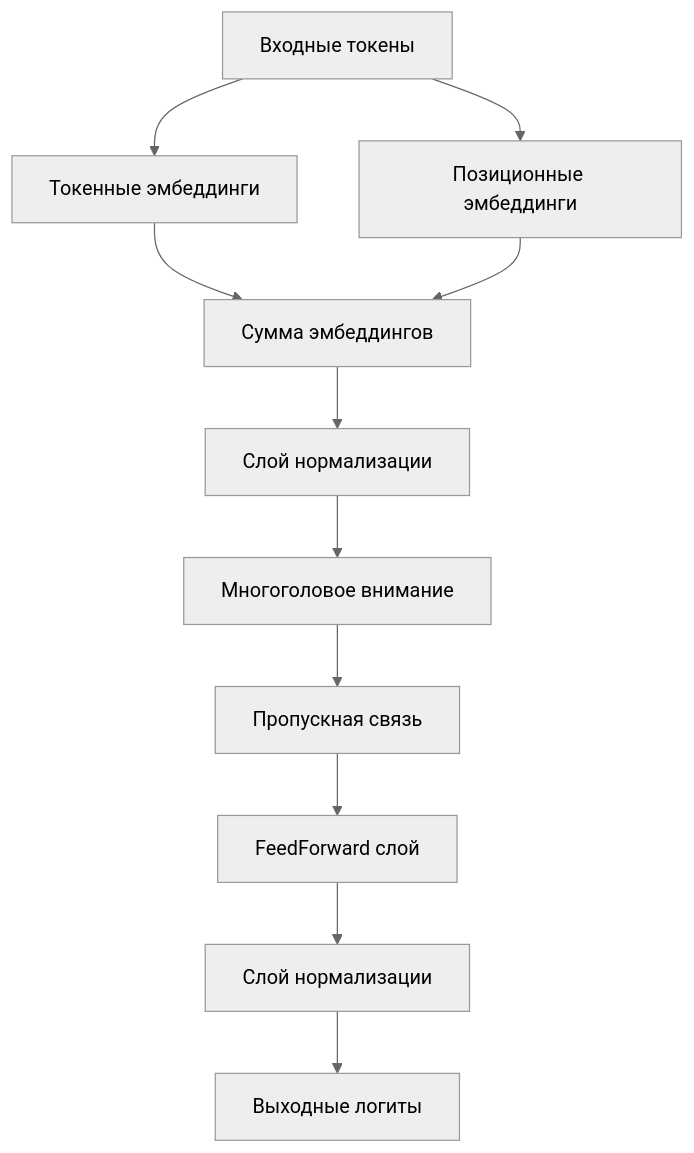
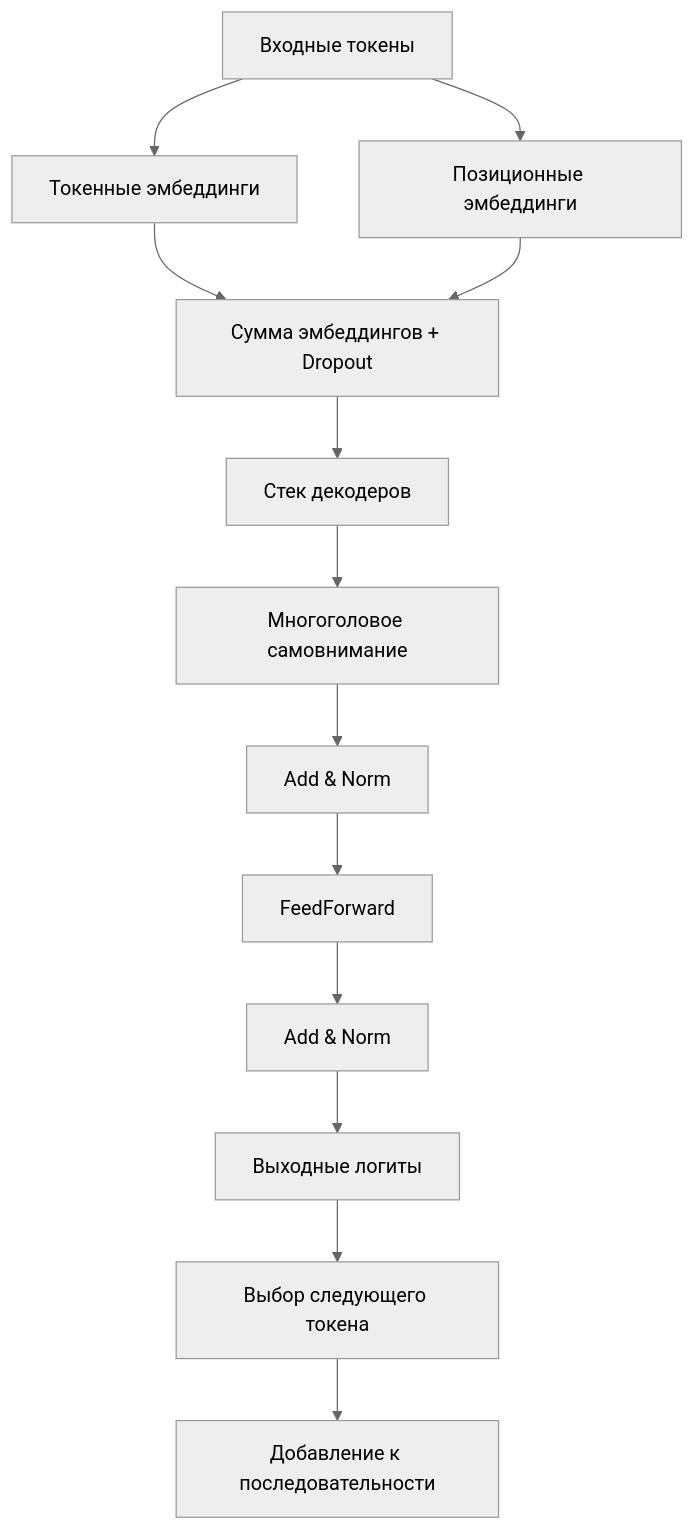
The diagram in doc/gpt_documentation_ru.md (pese-git/simple-llm), drawn with Mermaid (neutral theme) before and after one commit. The commit also changed other lines of this file and 4 other files, not shown here.

````diff
--- a/doc/gpt_documentation_ru.md
+++ b/doc/gpt_documentation_ru.md
@@ -14,13 +16,15 @@
 ```mermaid
 graph TD
     A[Входные токены] --> B[Токенные эмбеддинги]
     A --> C[Позиционные эмбеддинги]
-    B --> D[Сумма эмбеддингов]
+    B --> D[Сумма эмбеддингов + Dropout]
     C --> D
-    D --> E[Слой нормализации]
-    E --> F[Многоголовое внимание]
-    F --> G[Пропускная связь]
-    G --> H[FeedForward слой]
-    H --> I[Слой нормализации]
+    D --> E[Стек декодеров]
+    E --> F[Многоголовое самовнимание]
+    F --> G[Add & Norm]
+    G --> H[FeedForward]
+    H --> I[Add & Norm]
     I --> J[Выходные логиты]
+    J --> K[Выбор следующего токена]
+    K --> L[Добавление к последовательности]
 ```
````
